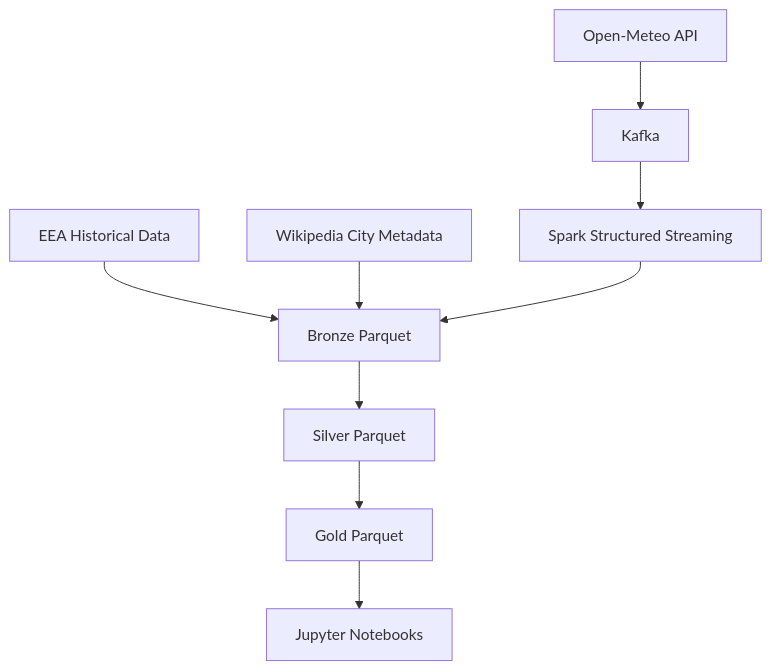
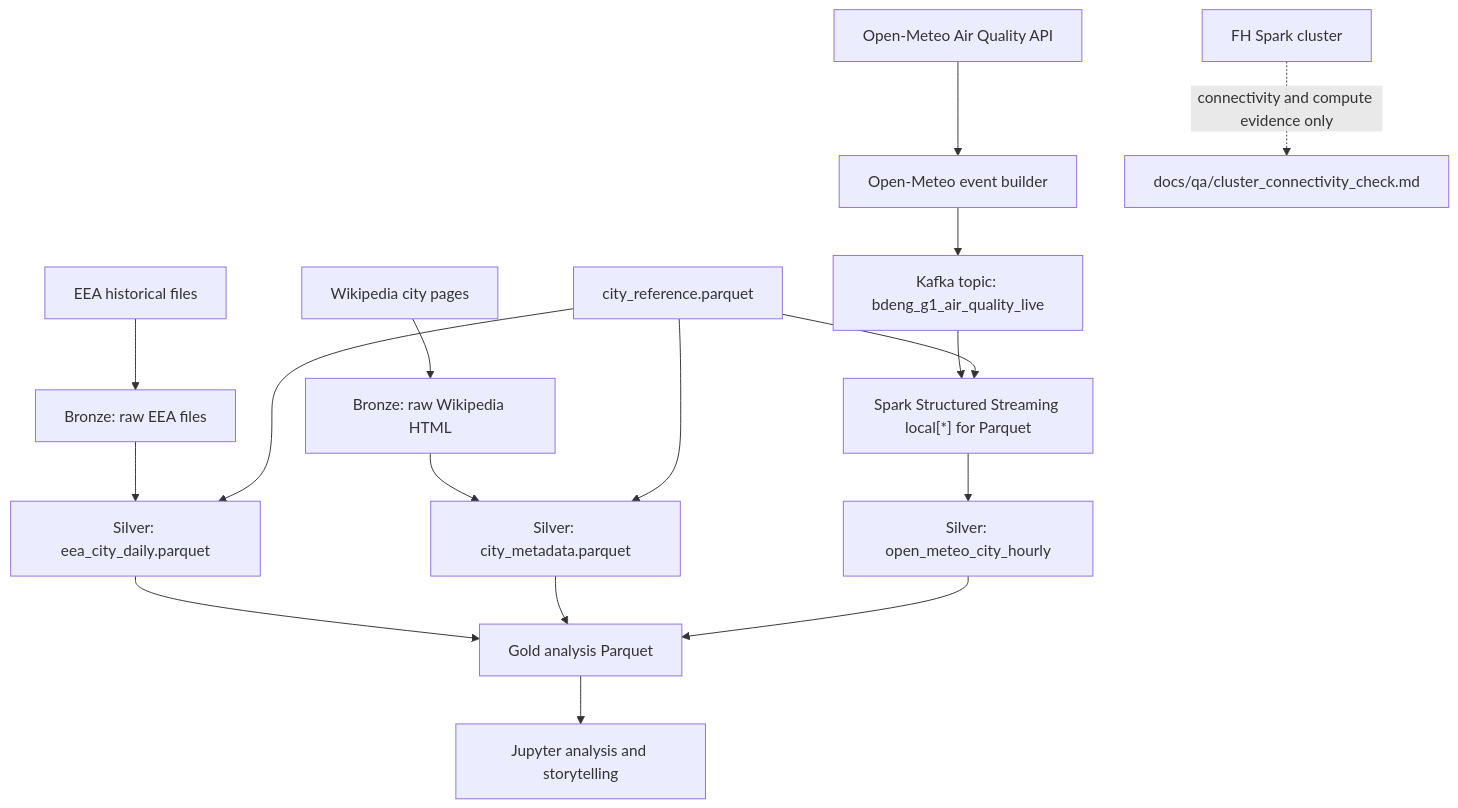
One commit to OnlyMajorG/euro-air-quality-pipeline changed the diagram in docs/diagrams/architecture.mmd. Above: the diagram before and after it, drawn with Mermaid. The commit also changed 16 other files, not shown here.

```diff
--- a/docs/diagrams/architecture.mmd
+++ b/docs/diagrams/architecture.mmd
@@ -1,9 +1,22 @@
-graph TD
-    EEA[EEA Historical Data] --> Bronze[Bronze Parquet]
-    Wiki[Wikipedia City Metadata] --> Bronze
-    OpenMeteo[Open-Meteo API] --> Kafka[Kafka]
-    Kafka --> Spark[Spark Structured Streaming]
-    Spark --> Bronze
-    Bronze --> Silver[Silver Parquet]
-    Silver --> Gold[Gold Parquet]
-    Gold --> Jupyter[Jupyter Notebooks]
+flowchart TD
+    EEA["EEA historical files"] --> EEA_Bronze["Bronze: raw EEA files"]
+    EEA_Bronze --> EEA_Silver["Silver: eea_city_daily.parquet"]
+
+    Wiki["Wikipedia city pages"] --> Wiki_Bronze["Bronze: raw Wikipedia HTML"]
+    Wiki_Bronze --> Wiki_Silver["Silver: city_metadata.parquet"]
+
+    OpenMeteo["Open-Meteo Air Quality API"] --> Producer["Open-Meteo event builder"]
+    Producer --> Kafka["Kafka topic: bdeng_g1_air_quality_live"]
+    Kafka --> Spark["Spark Structured Streaming local[*] for Parquet"]
+    Spark --> Stream_Silver["Silver: open_meteo_city_hourly"]
+
+    CityRef["city_reference.parquet"] --> EEA_Silver
+    CityRef --> Wiki_Silver
+    CityRef --> Spark
+
+    EEA_Silver --> Gold["Gold analysis Parquet"]
+    Wiki_Silver --> Gold
+    Stream_Silver --> Gold
+    Gold --> Notebook["Jupyter analysis and storytelling"]
+
+    Cluster["FH Spark cluster"] -. "connectivity and compute evidence only" .-> SparkEvidence["docs/qa/cluster_connectivity_check.md"]
```
